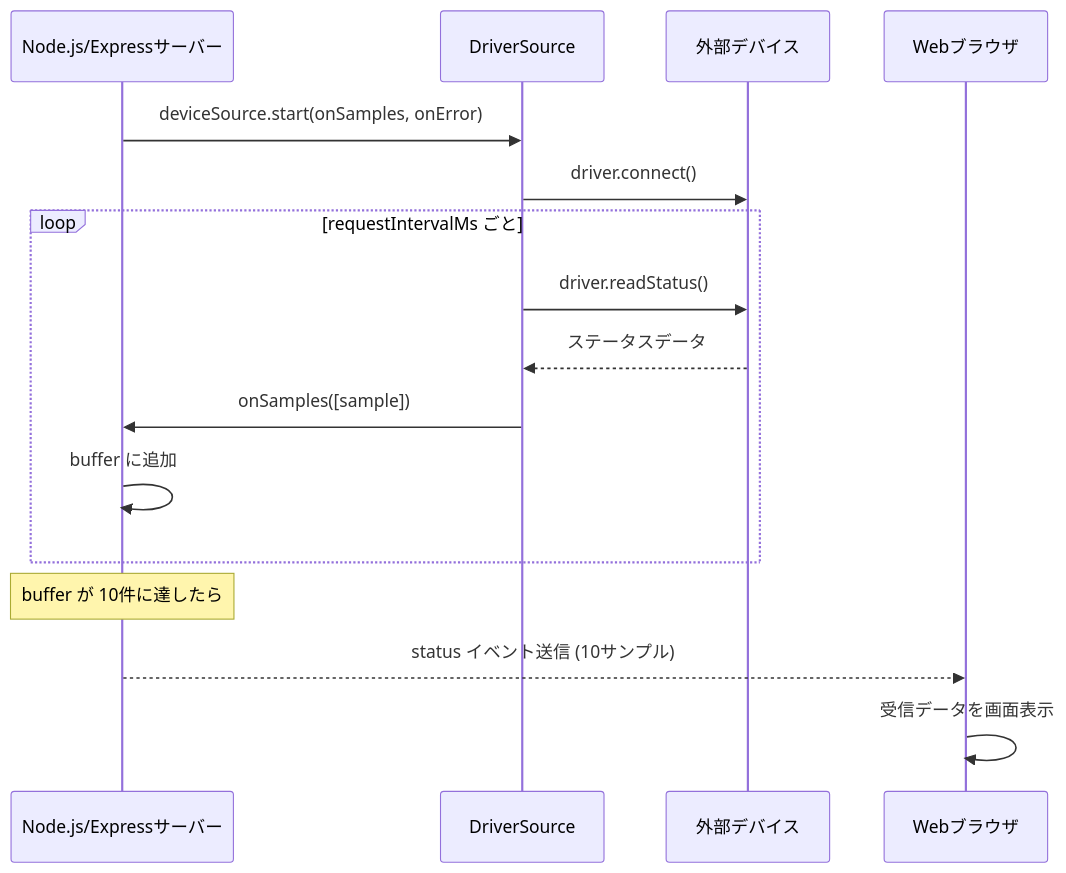
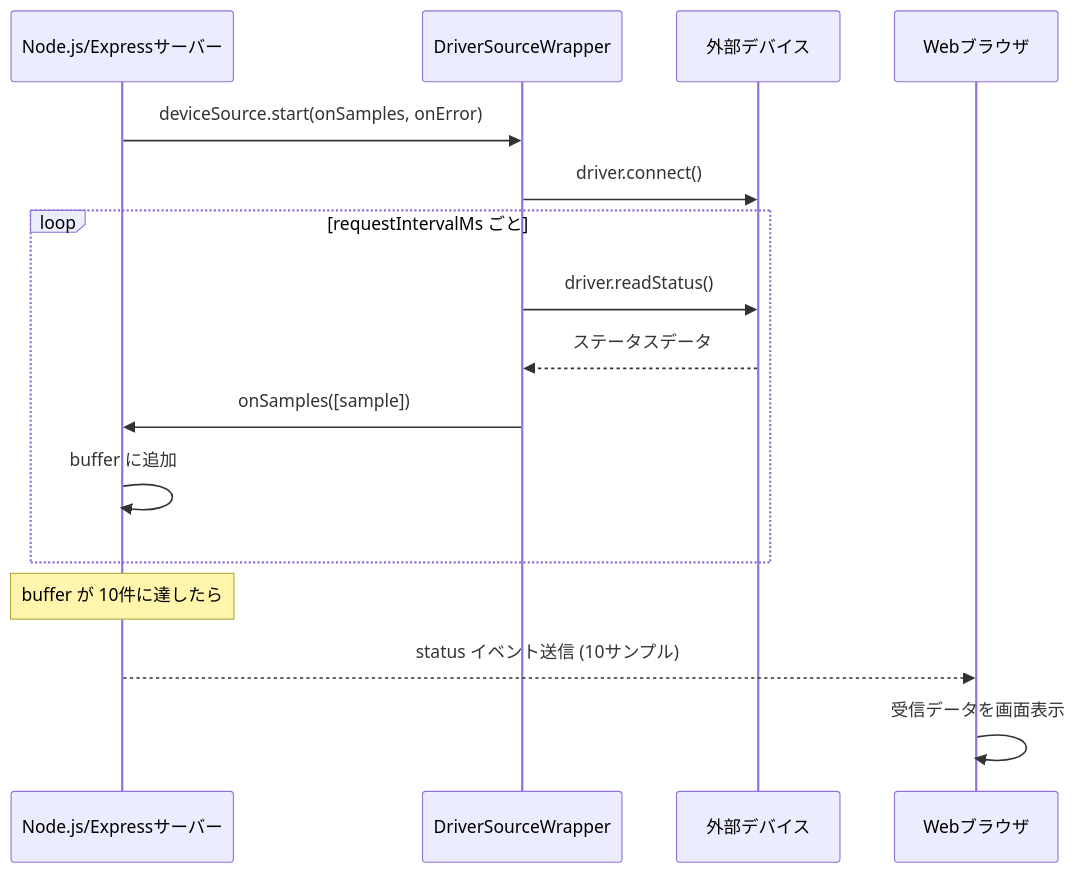
Before and after one commit to FourHyphen/private_work: the third of 4 diagrams in javascript/DeviceConnect/web/ReadMe.md, drawn with Mermaid. The commit also changed other lines of this file and 4 other files, not shown here.

````diff
--- a/javascript/DeviceConnect/web/ReadMe.md
+++ b/javascript/DeviceConnect/web/ReadMe.md
@@ -107,19 +107,19 @@
 ```mermaid
 sequenceDiagram
     participant Server as Node.js/Expressサーバー
-    participant CDS as DriverSource
+    participant CDS as DriverSourceWrapper
     participant Device as 外部デバイス
     participant Browser as Webブラウザ
 
     Server->>CDS: deviceSource.start(onSamples, onError)
     CDS->>Device: driver.connect()
     loop requestIntervalMs ごと
         CDS->>Device: driver.readStatus()
         Device-->>CDS: ステータスデータ
         CDS->>Server: onSamples([sample])
         Server->>Server: buffer に追加
     end
     Note over Server: buffer が 10件に達したら
     Server-->>Browser: status イベント送信 (10サンプル)
     Browser->>Browser: 受信データを画面表示
 ```
````
